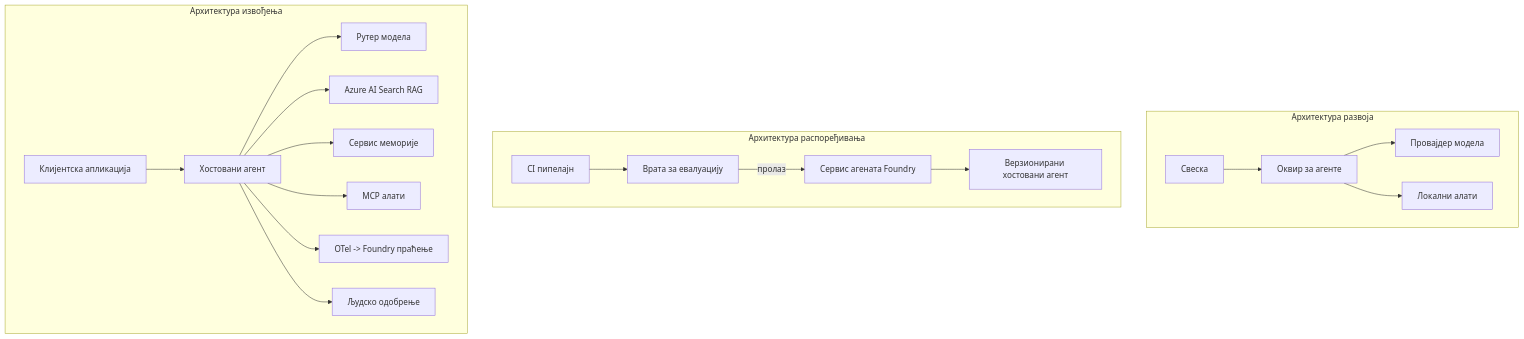
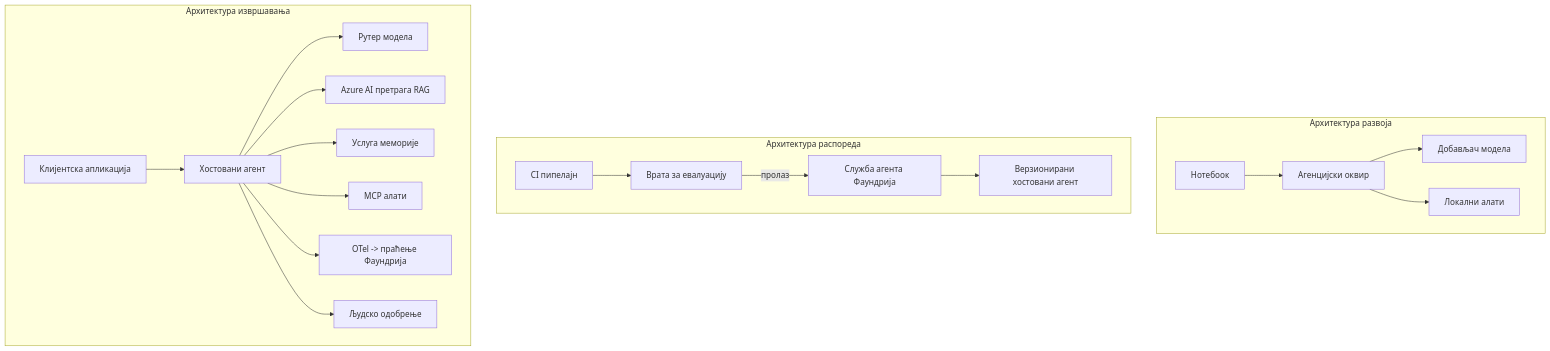
One commit to gabrielmoreira/agent-skills-mirror changed the fourth of 4 diagrams in mirrors/repos/microsoft@ai-agents-for-beginners/translations/sr/16-deploying-scalable-agents/README.md. Above: the diagram before and after it, drawn with Mermaid. The commit also changed other lines of this file and 4262 other files, not shown here.

````diff
--- a/mirrors/repos/microsoft@ai-agents-for-beginners/translations/sr/16-deploying-scalable-agents/README.md
+++ b/mirrors/repos/microsoft@ai-agents-for-beginners/translations/sr/16-deploying-scalable-agents/README.md
@@ -185,22 +185,22 @@
 ```mermaid
 flowchart TB
     subgraph Dev[Архитектура развоја]
-        D1[Свеска] --> D2[Оквир за агенте]
-        D2 --> D3[Провајдер модела]
+        D1[Нотебоок] --> D2[Агенцијски оквир]
+        D2 --> D3[Добављач модела]
         D2 --> D4[Локални алати]
     end
-    subgraph Deploy[Архитектура распоређивања]
+    subgraph Deploy[Архитектура распореда]
         E1[CI пипелајн] --> E2[Врата за евалуацију]
-        E2 -->|пролаз| E3[Сервис агената Foundry]
+        E2 -->|пролаз| E3[Служба агента Фаундрија]
         E3 --> E4[Верзионирани хостовани агент]
     end
-    subgraph Run[Архитектура извођења]
+    subgraph Run[Архитектура извршавања]
         F1[Клијентска апликација] --> F2[Хостовани агент]
         F2 --> F3[Рутер модела]
-        F2 --> F4[Azure AI Search RAG]
-        F2 --> F5[Сервис меморије]
+        F2 --> F4[Azure AI претрага RAG]
+        F2 --> F5[Услуга меморије]
         F2 --> F6[MCP алати]
-        F2 --> F7[OTel -> Foundry праћење]
+        F2 --> F7[OTel -> праћење Фаундрија]
         F2 --> F8[Људско одобрење]
     end
 ```
````
